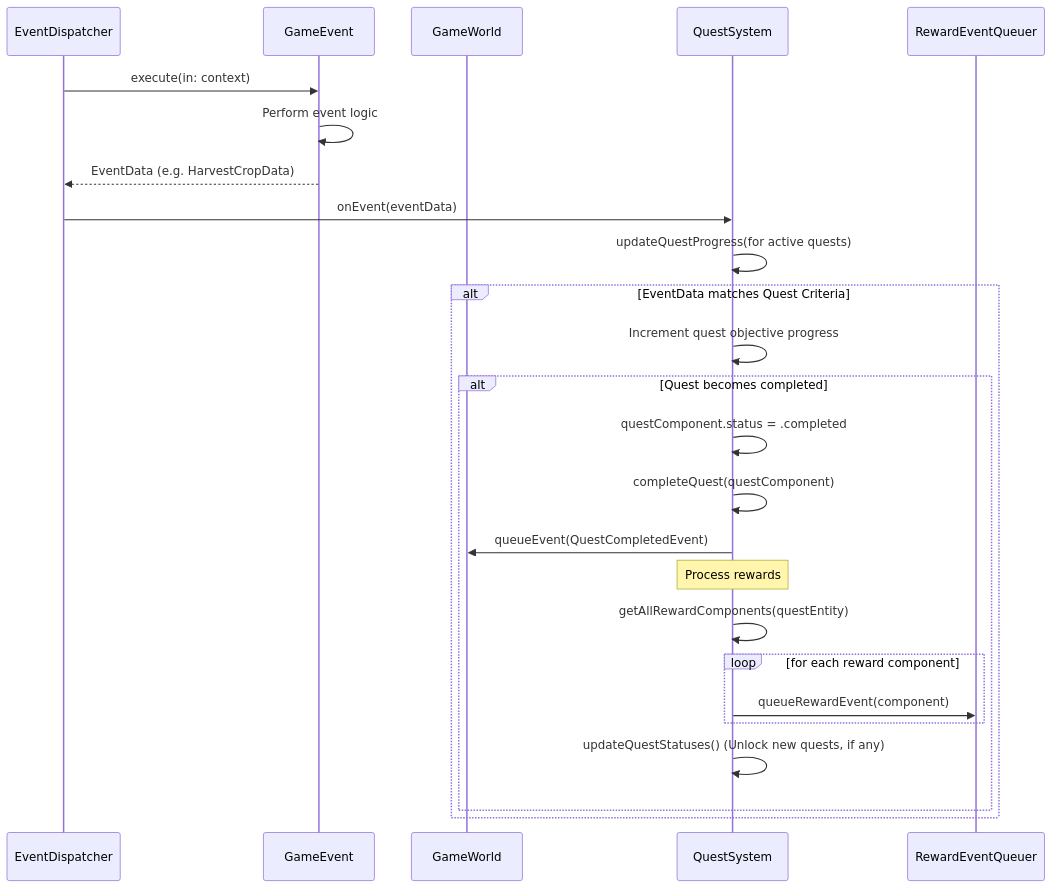
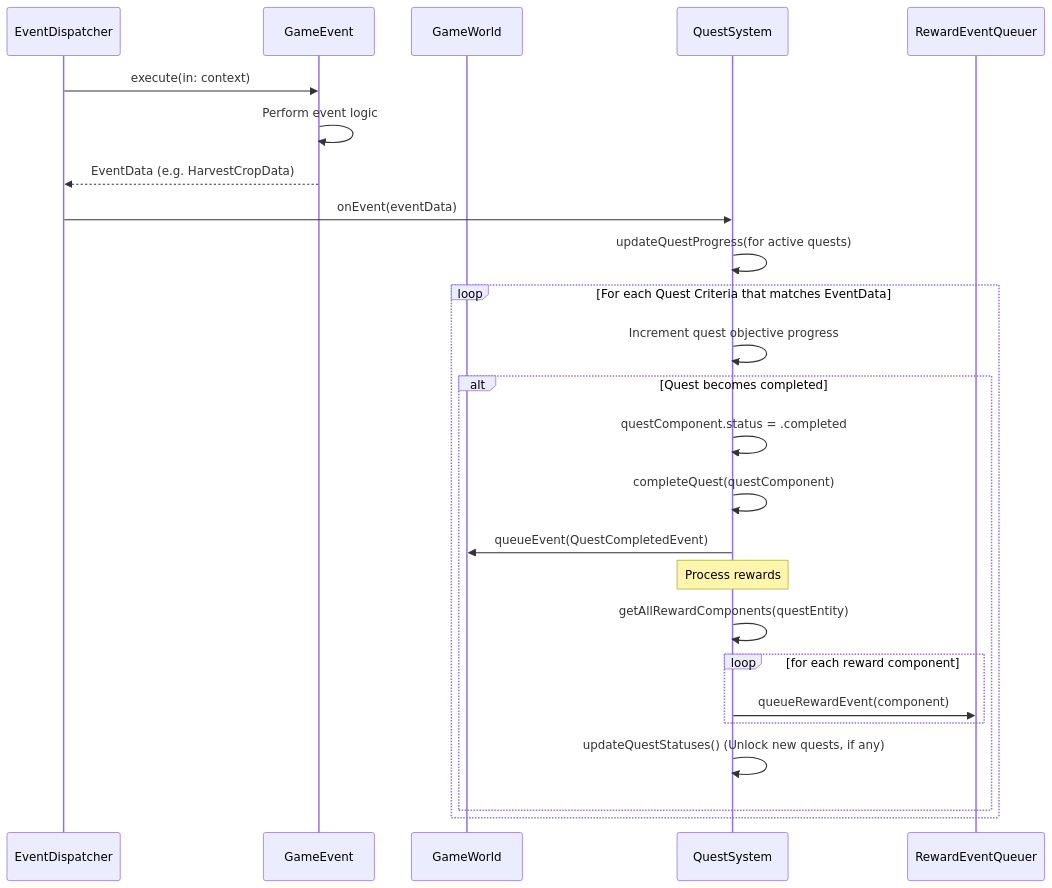
Before and after one commit to Ah-Leongs-Farm/mermaid-diagrams: the diagram in sprint3/quest-sequence-diagram.mmd, drawn with Mermaid. The commit also changed 1 other file, not shown here.

Commit message:
Update quest sequence diagram

```diff
--- a/sprint3/quest-sequence-diagram.mmd
+++ b/sprint3/quest-sequence-diagram.mmd
@@ -1,31 +1,31 @@
 sequenceDiagram
     participant ED as EventDispatcher
     participant GE as GameEvent
     participant GW as GameWorld
     participant QS as QuestSystem
     participant RQ as RewardEventQueuer
     
     ED->>GE: execute(in: context)
     GE->>GE: Perform event logic
     GE-->>ED: EventData (e.g. HarvestCropData)
     ED->>QS: onEvent(eventData)
     
     
     QS->>QS: updateQuestProgress(for active quests)
-    alt EventData matches Quest Criteria
+    loop For each Quest Criteria that matches EventData
         QS->>QS: Increment quest objective progress
         alt Quest becomes completed
             QS->>QS: questComponent.status = .completed
             QS->>QS: completeQuest(questComponent)
             QS->>GW: queueEvent(QuestCompletedEvent)
             
             note over QS: Process rewards
             QS->>QS: getAllRewardComponents(questEntity)
             
             loop for each reward component
                 QS->>RQ: queueRewardEvent(component)
             end
             
             QS->>QS: updateQuestStatuses() (Unlock new quests, if any)
         end
     end
```
